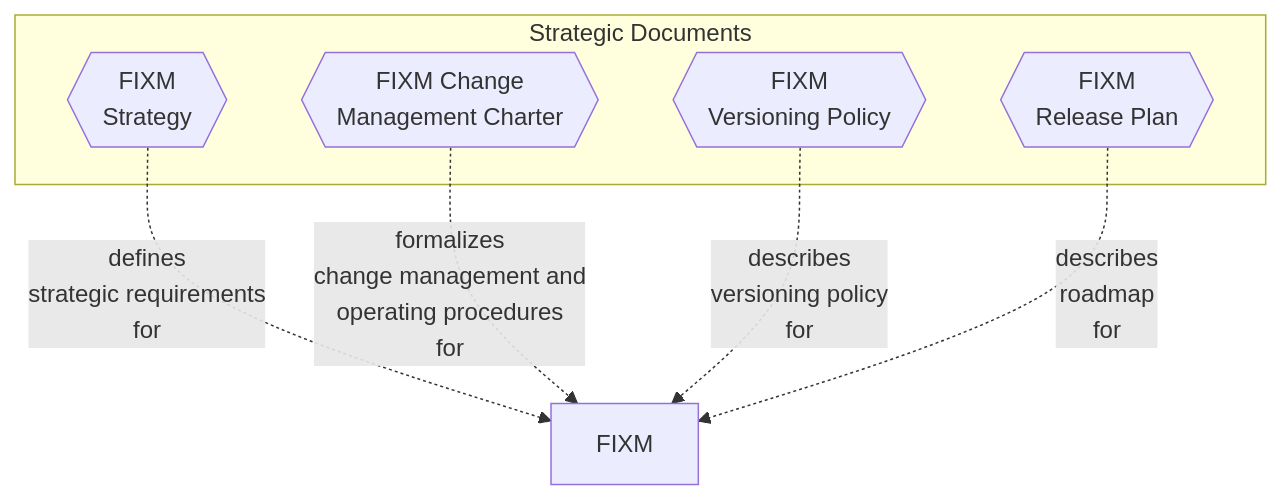
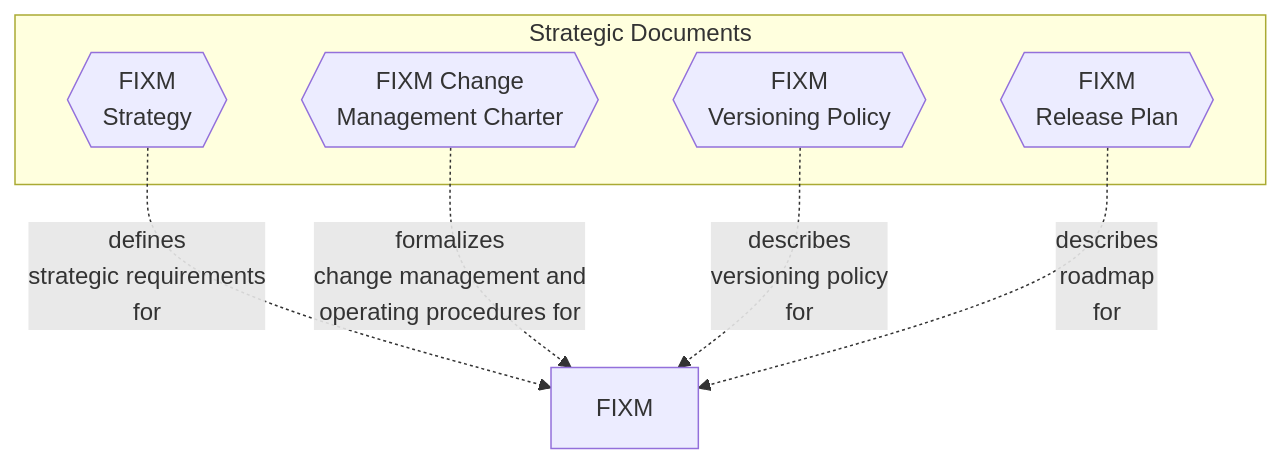
The diagram in docs/home.md (hlepori/test_docsify), drawn with Mermaid before and after one commit.

````diff
--- a/docs/home.md
+++ b/docs/home.md
@@ -5,25 +5,25 @@
 ```mermaid
 graph TD
 
 FIXM
 
 subgraph Strategic Documents
 STRATEGY{{FIXM<br>Strategy}}
 CHARTER{{FIXM Change<br>Management Charter}}
 VERSIONING{{FIXM<br>Versioning Policy}}
 RELEASEPLAN{{FIXM<br>Release Plan}}
 end
 
 STRATEGY-. defines<br>strategic requirements<br>for .-> FIXM
-CHARTER-.  formalizes<br>change management and<br>operating procedures<br>for .-> FIXM
+CHARTER-.  formalizes<br>change management and<br>operating procedures for .-> FIXM
 VERSIONING-. describes<br>versioning policy<br>for .-> FIXM
 RELEASEPLAN-. describes<br>roadmap<br>for .-> FIXM
 
 %% style STRATEGY fill:#F0FFFF,stroke:#333,stroke-width:3px
 %% style CHARTER fill:#F0FFFF,stroke:#333,stroke-width:3px
 %% style VERSIONING fill:#F0FFFF,stroke:#333,stroke-width:3px
 %% style RELEASEPLAN fill:#F0FFFF,stroke:#333,stroke-width:3px
 %% style RELEASEPLAN fill:#F0FFFF,stroke:#333,stroke-width:3px
 
 click STRATEGY "https://ost.eurocontrol.int/sites/FIXM/Lists/Bug%20reports/AllItems.aspx" "Browse the FIXM Strategy"
 ```
````
